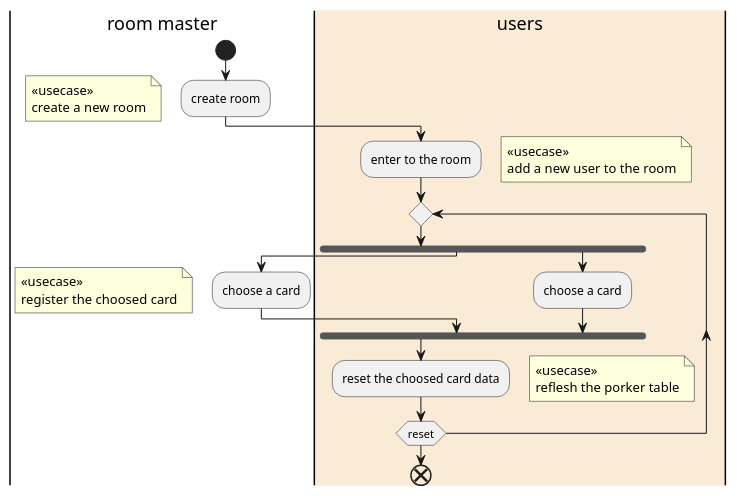
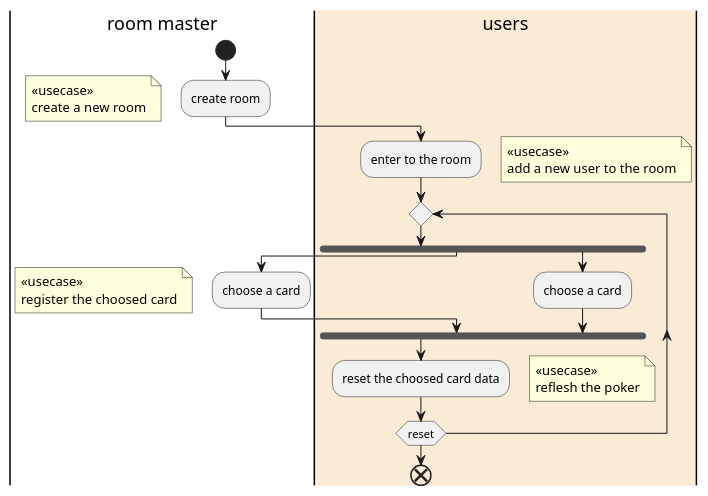
One commit to yuizho/salon changed the diagram in doc/product/biz_flow.puml. Above: the diagram before and after it, drawn with PlantUML. The commit also changed 2 other files, not shown here.

```diff
--- a/doc/product/biz_flow.puml
+++ b/doc/product/biz_flow.puml
@@ -1,22 +1,22 @@
 @startuml
 |room master|
 start
 :create room;
 floating note left: <<usecase>>\ncreate a new room
 |#AntiqueWhite|users|
 :enter to the room;
 floating note right:  <<usecase>>\nadd a new user to the room
 repeat
 fork
 |room master|
 :choose a card;
 floating note left:  <<usecase>>\nregister the choosed card
 fork again
 |users|
 :choose a card;
 endfork
 :reset the choosed card data;
-floating note right:  <<usecase>>\nreflesh the porker table
+floating note right:  <<usecase>>\nreflesh the poker
 repeatwhile (reset)
 end
 @enduml
```
